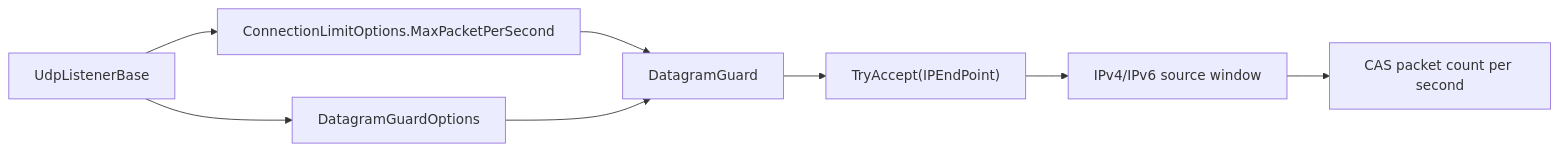
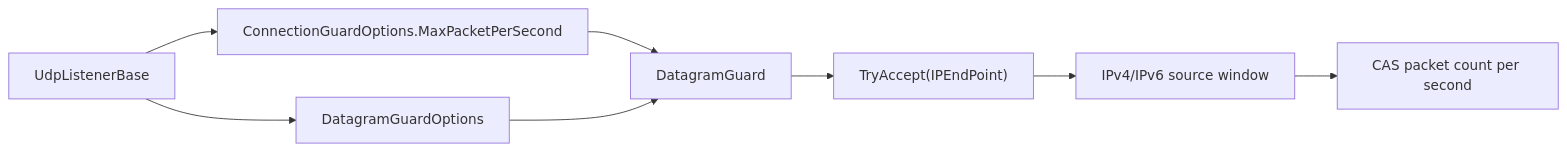
Before and after one commit to ppn-systems/Nalix: the diagram in docs/api/options/network/datagram-guard-options.md, drawn with Mermaid. The commit also changed other lines of this file and 35 other files, not shown here.

First line of the commit message:
feat(network): connection guard persistence (#196)

````diff
--- a/docs/api/options/network/datagram-guard-options.md
+++ b/docs/api/options/network/datagram-guard-options.md
@@ -33,10 +33,10 @@
 ```mermaid
 flowchart LR
-    A["UdpListenerBase"] --> B["ConnectionLimitOptions.MaxPacketPerSecond"]
+    A["UdpListenerBase"] --> B["ConnectionGuardOptions.MaxPacketPerSecond"]
     A --> C["DatagramGuardOptions"]
     B --> D["DatagramGuard"]
     C --> D
     D --> E["TryAccept(IPEndPoint)"]
     E --> F["IPv4/IPv6 source window"]
     F --> G["CAS packet count per second"]
 ```
````
